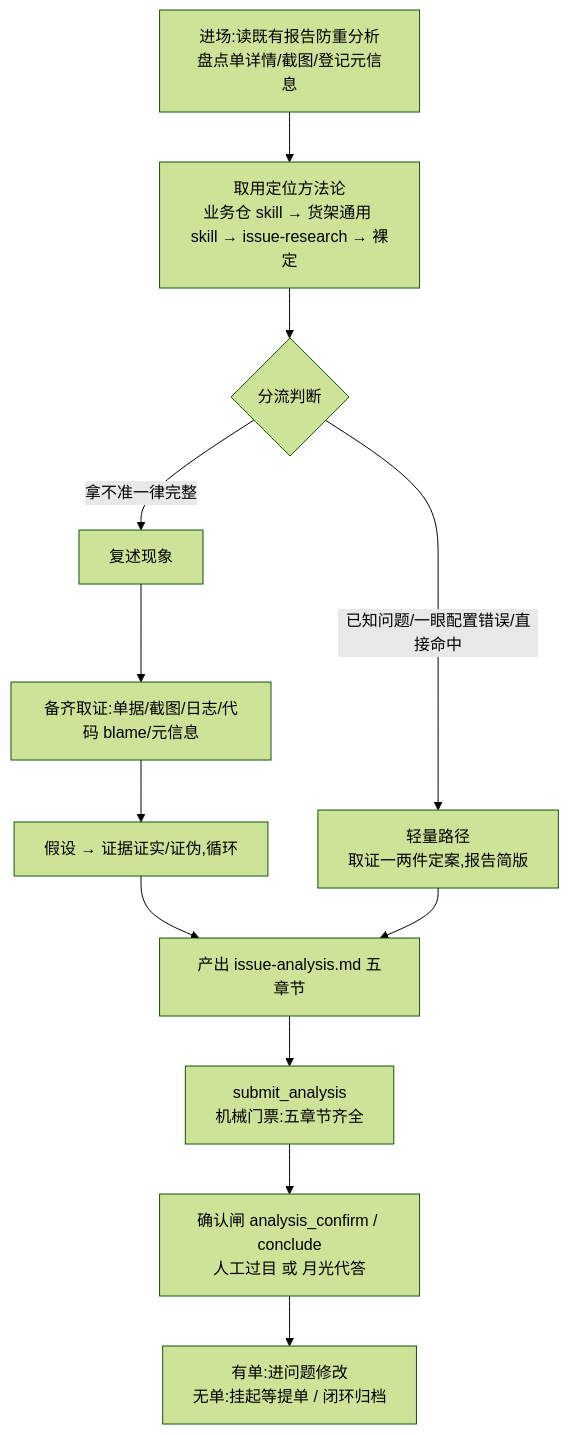
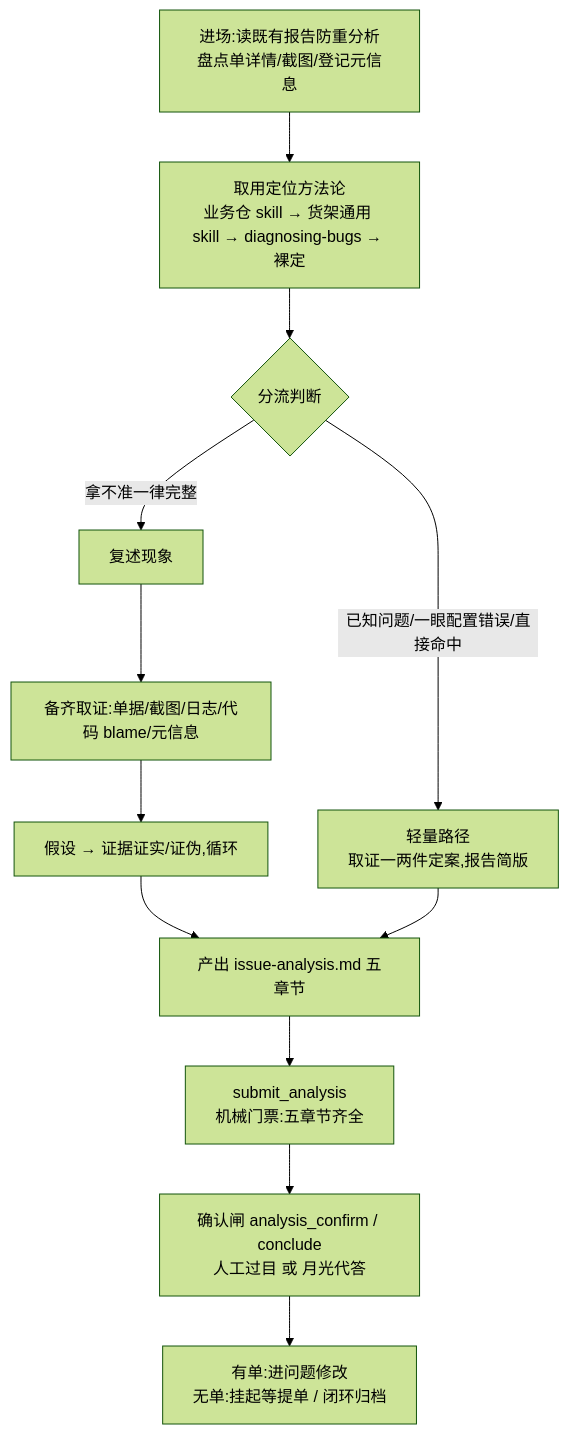
The diagram in docs/issue-analysis-workflow.md (yunine9/mae-flow-cloud), drawn with Mermaid (forest theme) before and after one commit. The commit also changed other lines of this file and 17 other files, not shown here.

````diff
--- a/docs/issue-analysis-workflow.md
+++ b/docs/issue-analysis-workflow.md
@@ -14,14 +14,14 @@
 ```mermaid
 flowchart TD
-    A[进场:读既有报告防重分析<br/>盘点单详情/截图/登记元信息] --> B[取用定位方法论<br/>业务仓 skill → 货架通用 skill → issue-research → 裸定]
+    A[进场:读既有报告防重分析<br/>盘点单详情/截图/登记元信息] --> B[取用定位方法论<br/>业务仓 skill → 货架通用 skill → diagnosing-bugs → 裸定]
     B --> C{分流判断}
     C -- 已知问题/一眼配置错误/直接命中 --> D[轻量路径<br/>取证一两件定案,报告简版]
     C -- 拿不准一律完整 --> E[复述现象]
     E --> F[备齐取证:单据/截图/日志/代码 blame/元信息]
     F --> G[假设 → 证据证实/证伪,循环]
     G --> H[产出 issue-analysis.md 五章节]
     D --> H
     H --> I[submit_analysis<br/>机械门票:五章节齐全]
     I --> J[确认闸 analysis_confirm / conclude<br/>人工过目 或 月光代答]
     J --> K[有单:进问题修改<br/>无单:挂起等提单 / 闭环归档]
 ```
````
